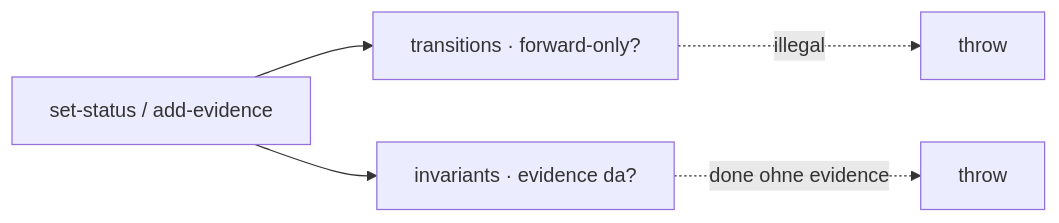
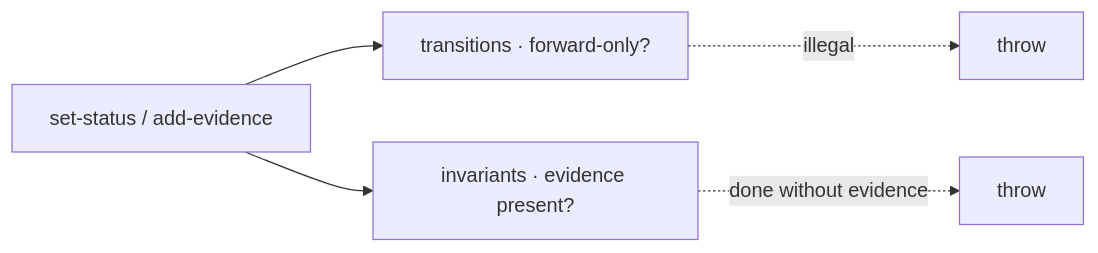
One commit to chafoo/anchored changed the diagram in docs/core/state/_state.md. Above: the diagram before and after it, drawn with Mermaid. The commit also changed other lines of this file and 131 other files, not shown here.

````diff
--- a/docs/core/state/_state.md
+++ b/docs/core/state/_state.md
@@ -9,7 +9,7 @@
 ```mermaid
 flowchart LR
     op["set-status / add-evidence"] --> t["transitions · forward-only?"]
-    op --> i["invariants · evidence da?"]
+    op --> i["invariants · evidence present?"]
     t -. "illegal" .-> e1["throw"]
-    i -. "done ohne evidence" .-> e2["throw"]
+    i -. "done without evidence" .-> e2["throw"]
 ```
````
